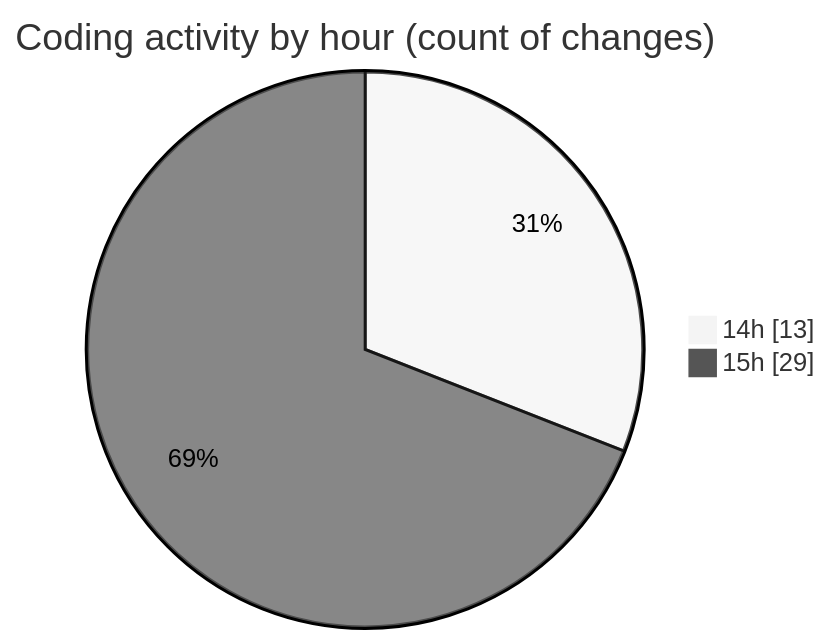
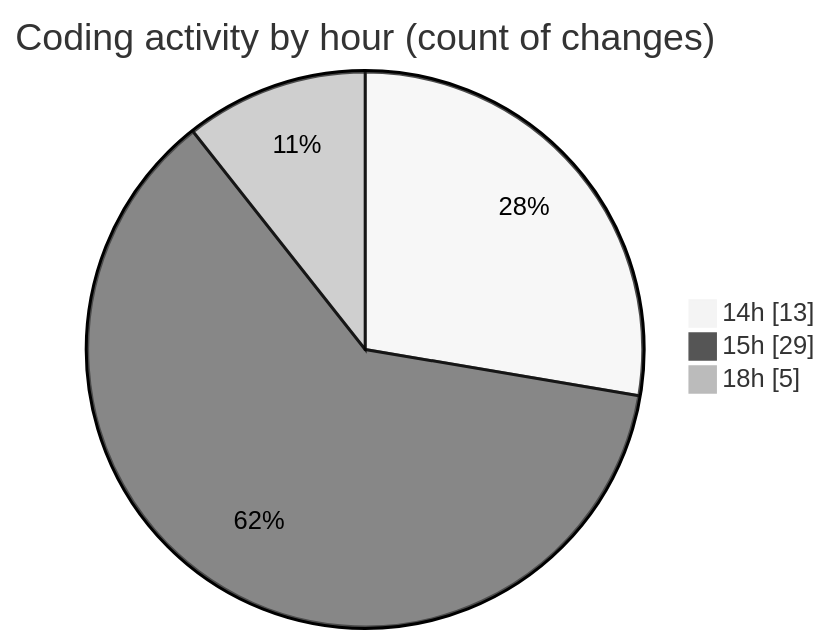
Before and after one commit to Ritupan-Deka/code-tracking: the second of 2 diagrams in 2025-06-23/scopecraft/README.md, drawn with Mermaid (neutral theme). The commit also changed other lines of this file and 1 other file, not shown here.

````diff
--- a/2025-06-23/scopecraft/README.md
+++ b/2025-06-23/scopecraft/README.md
@@ -43,6 +48,7 @@
 ```mermaid
 pie showData
 title Coding activity by hour (count of changes)
 "14h" : 13
 "15h" : 29
+"18h" : 5
 ```
````
